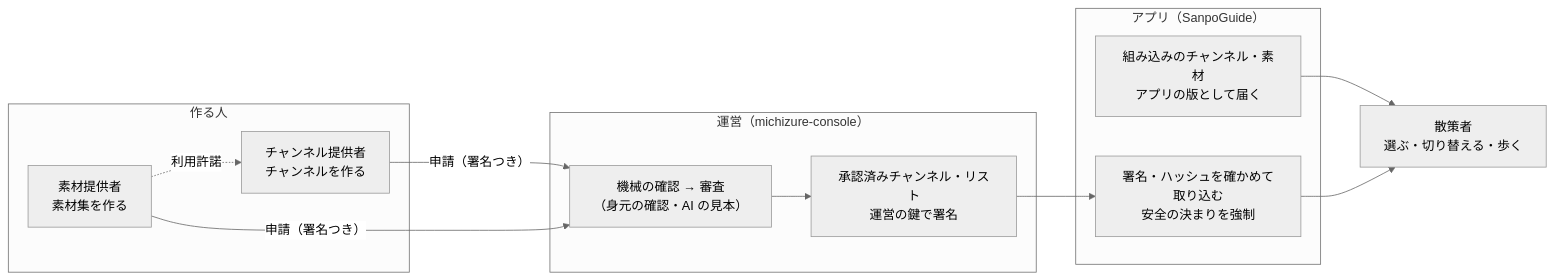
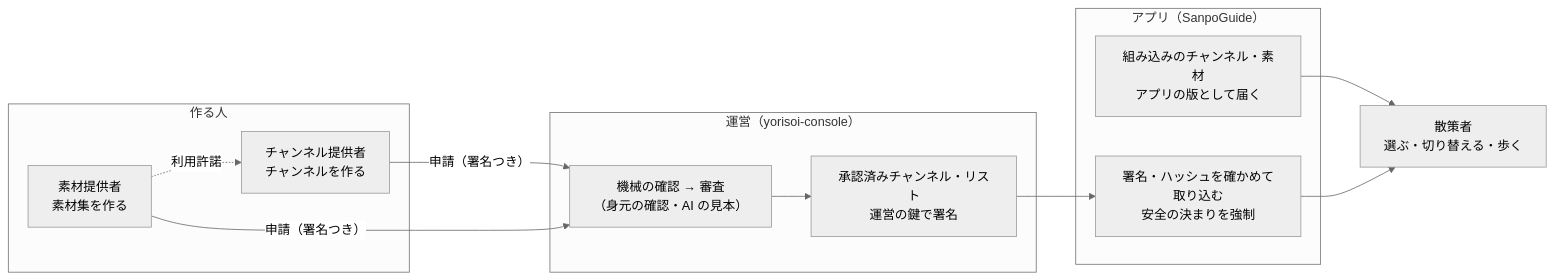
One commit to duwenji/yorisoi-sanpoguide changed the diagram in docs/stakeholders.md. Above: the diagram before and after it, drawn with Mermaid (neutral theme). The commit also changed other lines of this file and 211 other files, not shown here.

First line of the commit message:
chore: エコシステムの名前を michizure から yorisoi に改める

````diff
--- a/docs/stakeholders.md
+++ b/docs/stakeholders.md
@@ -45,22 +45,22 @@
 ```mermaid
 flowchart LR
   subgraph PROVIDERS["作る人"]
     CP["チャンネル提供者<br/>チャンネルを作る"]
     MP["素材提供者<br/>素材集を作る"]
   end
-  subgraph OPS["運営（michizure-console）"]
+  subgraph OPS["運営（yorisoi-console）"]
     Review["機械の確認 → 審査<br/>（身元の確認・AI の見本）"]
     List["承認済みチャンネル・リスト<br/>運営の鍵で署名"]
   end
   subgraph APP["アプリ（SanpoGuide）"]
     BuiltIn["組み込みのチャンネル・素材<br/>アプリの版として届く"]
     Check["署名・ハッシュを確かめて取り込む<br/>安全の決まりを強制"]
   end
   Walker["散策者<br/>選ぶ・切り替える・歩く"]
   CP -- "申請（署名つき）" --> Review
   MP -- "申請（署名つき）" --> Review
   MP -. "利用許諾" .-> CP
   Review --> List --> Check
   BuiltIn --> Walker
   Check --> Walker
 ```
````
